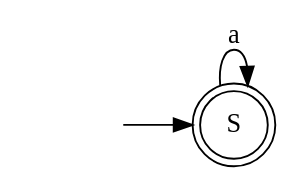
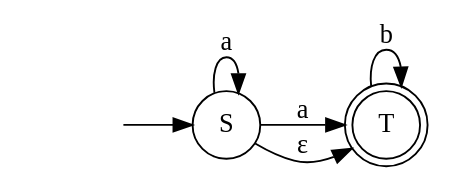
One commit to haziqfaiz-mmu/computation-flask changed the diagram in NFA Visualization.gv. Above: the diagram before and after it, drawn with Graphviz. The commit also changed 633 other files, not shown here.

```diff
--- a/NFA Visualization.gv
+++ b/NFA Visualization.gv
@@ -1,7 +1,11 @@
 digraph "NFA Visualization" {
 	graph [rankdir=LR]
 	"" [label="" shape=plaintext]
-	S [label=S shape=doublecircle]
+	T [label=T shape=doublecircle]
+	S [label=S shape=circle]
 	"" -> S [label=""]
 	S -> S [label=a]
+	S -> T [label=a]
+	S -> T [label="ε"]
+	T -> T [label=b]
 }
```
